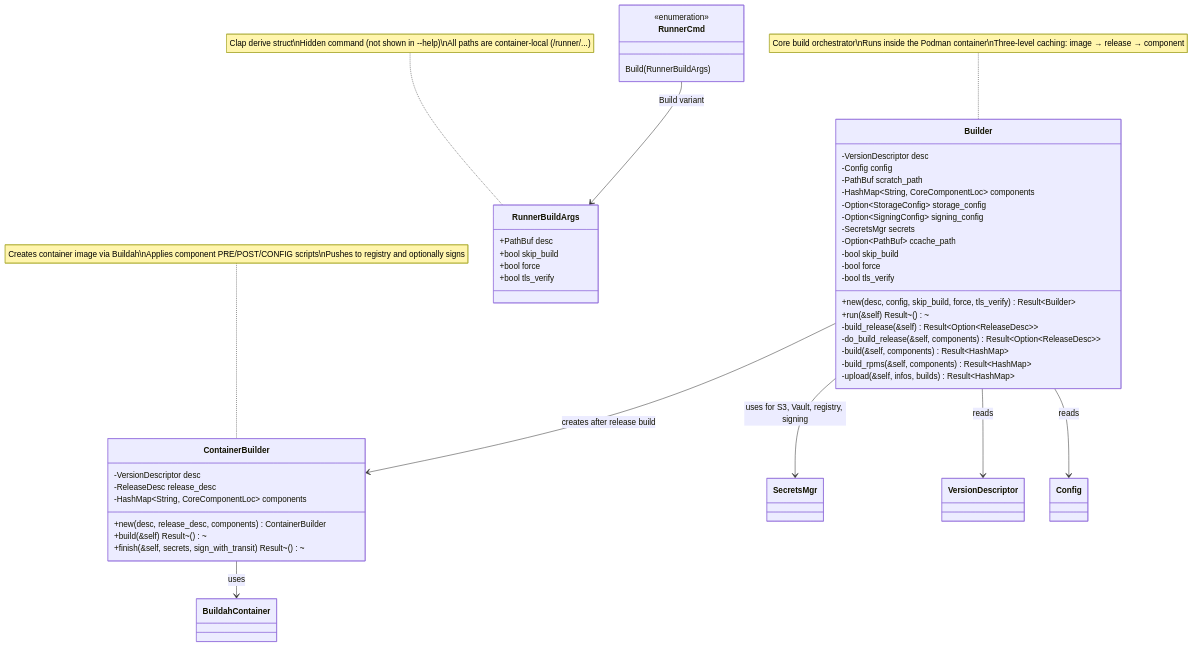
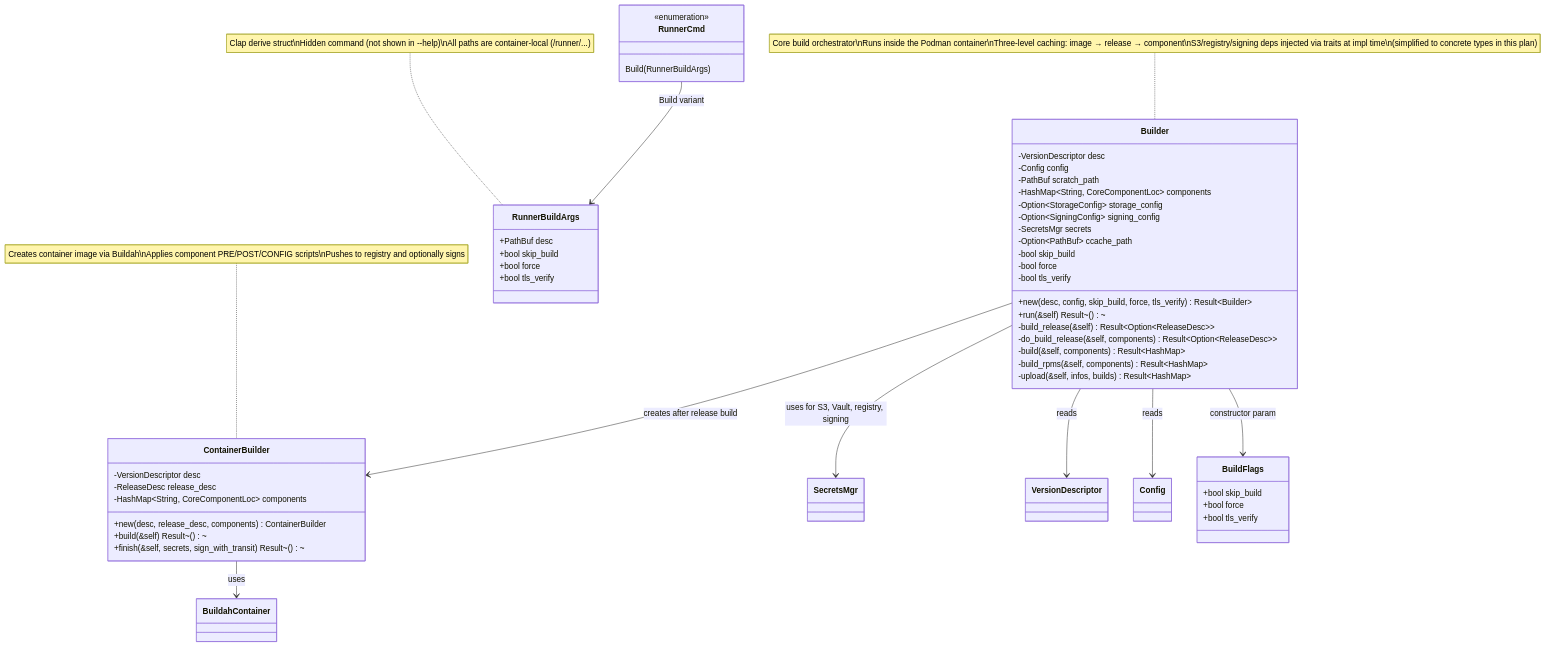
The second of 2 diagrams in _docs/plans/subcmd-runner-build.md (UweSchwaeke/cbs), drawn with Mermaid before and after one commit. The commit also changed other lines of this file and 4 other files, not shown here.

````diff
--- a/_docs/plans/subcmd-runner-build.md
+++ b/_docs/plans/subcmd-runner-build.md
@@ -156,58 +156,66 @@
 ```mermaid
 classDiagram
     direction TB
 
     class Builder {
         -VersionDescriptor desc
         -Config config
         -PathBuf scratch_path
         -HashMap~String, CoreComponentLoc~ components
         -Option~StorageConfig~ storage_config
         -Option~SigningConfig~ signing_config
         -SecretsMgr secrets
         -Option~PathBuf~ ccache_path
         -bool skip_build
         -bool force
         -bool tls_verify
         +new(desc, config, skip_build, force, tls_verify) Result~Builder~
         +run(&self) Result~()~
         -build_release(&self) Result~Option~ReleaseDesc~~
         -do_build_release(&self, components) Result~Option~ReleaseDesc~~
         -build(&self, components) Result~HashMap~
         -build_rpms(&self, components) Result~HashMap~
         -upload(&self, infos, builds) Result~HashMap~
     }
 
     class ContainerBuilder {
         -VersionDescriptor desc
         -ReleaseDesc release_desc
         -HashMap~String, CoreComponentLoc~ components
         +new(desc, release_desc, components) ContainerBuilder
         +build(&self) Result~()~
         +finish(&self, secrets, sign_with_transit) Result~()~
     }
 
     class RunnerBuildArgs {
         +PathBuf desc
         +bool skip_build
         +bool force
         +bool tls_verify
     }
 
     class RunnerCmd {
         <<enumeration>>
         Build(RunnerBuildArgs)
     }
 
     Builder --> ContainerBuilder : creates after release build
     Builder --> SecretsMgr : uses for S3, Vault, registry, signing
     Builder --> VersionDescriptor : reads
     Builder --> Config : reads
     ContainerBuilder --> BuildahContainer : uses
 
     RunnerCmd --> RunnerBuildArgs : Build variant
 
-    note for Builder "Core build orchestrator\nRuns inside the Podman container\nThree-level caching: image → release → component"
+    class BuildFlags {
+        +bool skip_build
+        +bool force
+        +bool tls_verify
+    }
+
+    Builder --> BuildFlags : constructor param
+
+    note for Builder "Core build orchestrator\nRuns inside the Podman container\nThree-level caching: image → release → component\nS3/registry/signing deps injected via traits at impl time\n(simplified to concrete types in this plan)"
     note for RunnerBuildArgs "Clap derive struct\nHidden command (not shown in --help)\nAll paths are container-local (/runner/...)"
     note for ContainerBuilder "Creates container image via Buildah\nApplies component PRE/POST/CONFIG scripts\nPushes to registry and optionally signs"
 ```
````
